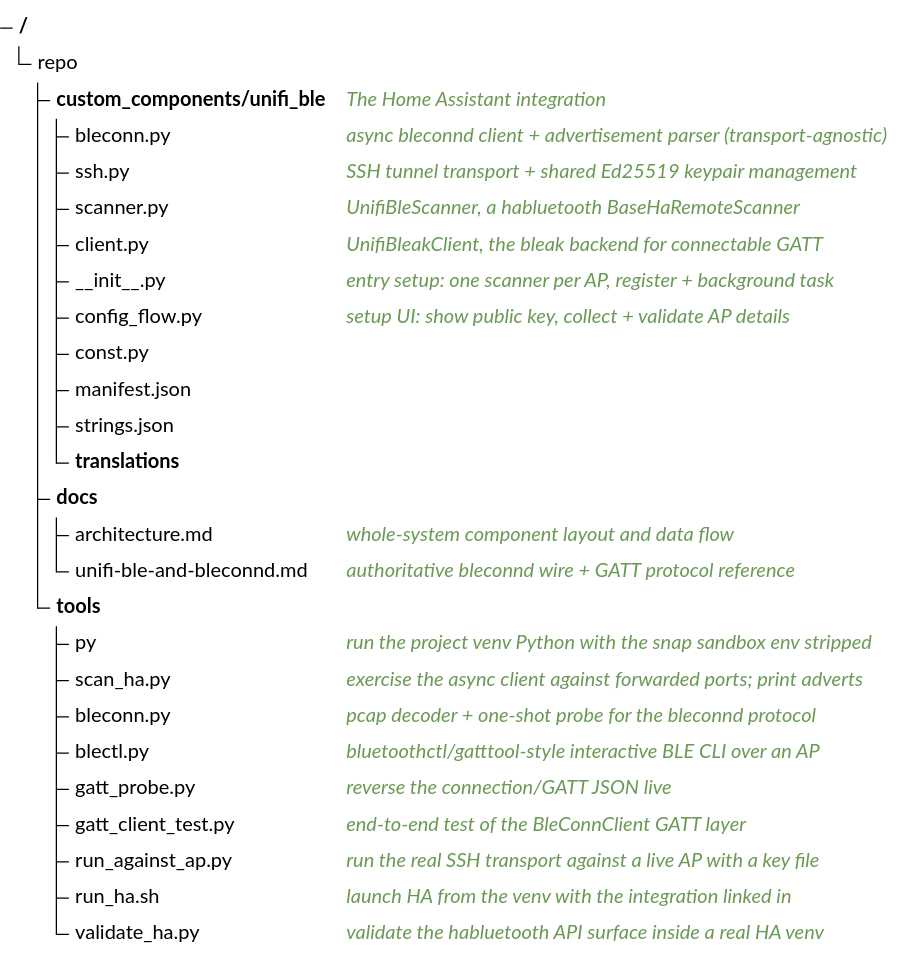
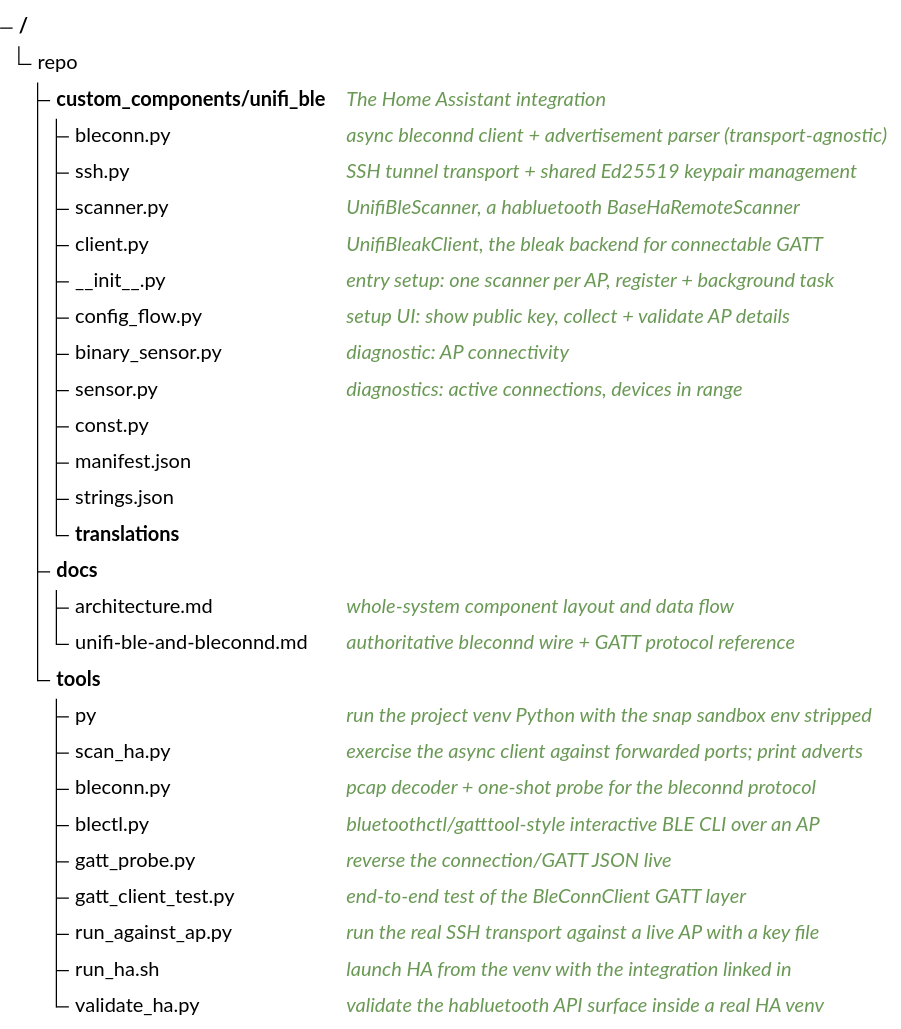
The second of 2 diagrams in README.md (ThyMYthOS/unifi_ble), drawn with Mermaid (neutral theme) before and after one commit. The commit also changed 4 other files, not shown here.

````diff
--- a/README.md
+++ b/README.md
@@ -86,28 +86,30 @@
 ```mermaid
 treeView-beta
 repo
 ├─ custom_components/unifi_ble/ ## The Home Assistant integration
 │  ├─ bleconn.py ## async bleconnd client + advertisement parser (transport-agnostic)
 │  ├─ ssh.py ## SSH tunnel transport + shared Ed25519 keypair management
 │  ├─ scanner.py ## UnifiBleScanner, a habluetooth BaseHaRemoteScanner
 │  ├─ client.py ## UnifiBleakClient, the bleak backend for connectable GATT
 │  ├─ __init__.py ## entry setup: one scanner per AP, register + background task
 │  ├─ config_flow.py ## setup UI: show public key, collect + validate AP details
+│  ├─ binary_sensor.py ## diagnostic: AP connectivity
+│  ├─ sensor.py ## diagnostics: active connections, devices in range
 │  ├─ const.py
 │  ├─ manifest.json
 │  ├─ strings.json
 │  └─ translations/
 ├─ docs/
 │  ├─ architecture.md ## whole-system component layout and data flow
 │  └─ unifi-ble-and-bleconnd.md ## authoritative bleconnd wire + GATT protocol reference
 └─ tools/
    ├─ py ## run the project venv Python with the snap sandbox env stripped
    ├─ scan_ha.py ## exercise the async client against forwarded ports; print adverts
    ├─ bleconn.py ## pcap decoder + one-shot probe for the bleconnd protocol
    ├─ blectl.py ## bluetoothctl/gatttool-style interactive BLE CLI over an AP
    ├─ gatt_probe.py ## reverse the connection/GATT JSON live
    ├─ gatt_client_test.py ## end-to-end test of the BleConnClient GATT layer
    ├─ run_against_ap.py ## run the real SSH transport against a live AP with a key file
    ├─ run_ha.sh ## launch HA from the venv with the integration linked in
    └─ validate_ha.py ## validate the habluetooth API surface inside a real HA venv
 ```
````
